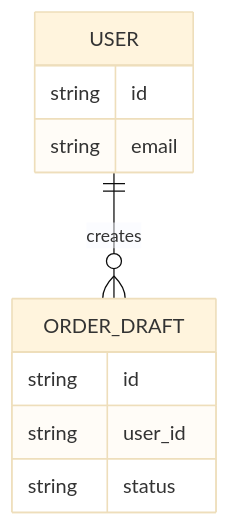
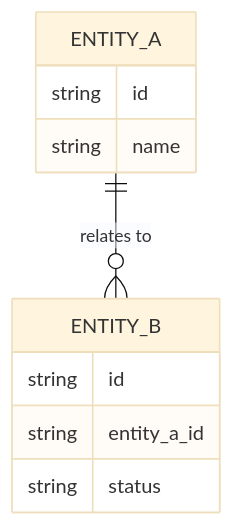
The diagram in .qfai/assistant/skills/qfai-sdd/templates/specs/_policies/05_Contracts.md (aganesy/QFAI), drawn with Mermaid (base theme) before and after one commit. The commit also changed other lines of this file and 2 other files, not shown here.

Commit message:
fix(templates): address Copilot review feedback on template files
- summary.json: revert to PENDING status placeholders, add missing
  devils-advocate and pattern-doubler roster entries
- 05_Contracts.md: replace domain-specific entities with neutral
  ENTITY_A/ENTITY_B placeholders in ER diagram
- review_request.md: keep canonical FAIL term with GitHub mapping note

````diff
--- a/.qfai/assistant/skills/qfai-sdd/templates/specs/_policies/05_Contracts.md
+++ b/.qfai/assistant/skills/qfai-sdd/templates/specs/_policies/05_Contracts.md
@@ -56,13 +56,13 @@
 ```mermaid
 erDiagram
-  USER ||--o{ ORDER_DRAFT : creates
-  USER {
+  ENTITY_A ||--o{ ENTITY_B : "relates to"
+  ENTITY_A {
     string id
-    string email
+    string name
   }
-  ORDER_DRAFT {
+  ENTITY_B {
     string id
-    string user_id
+    string entity_a_id
     string status
   }
 ```
````
